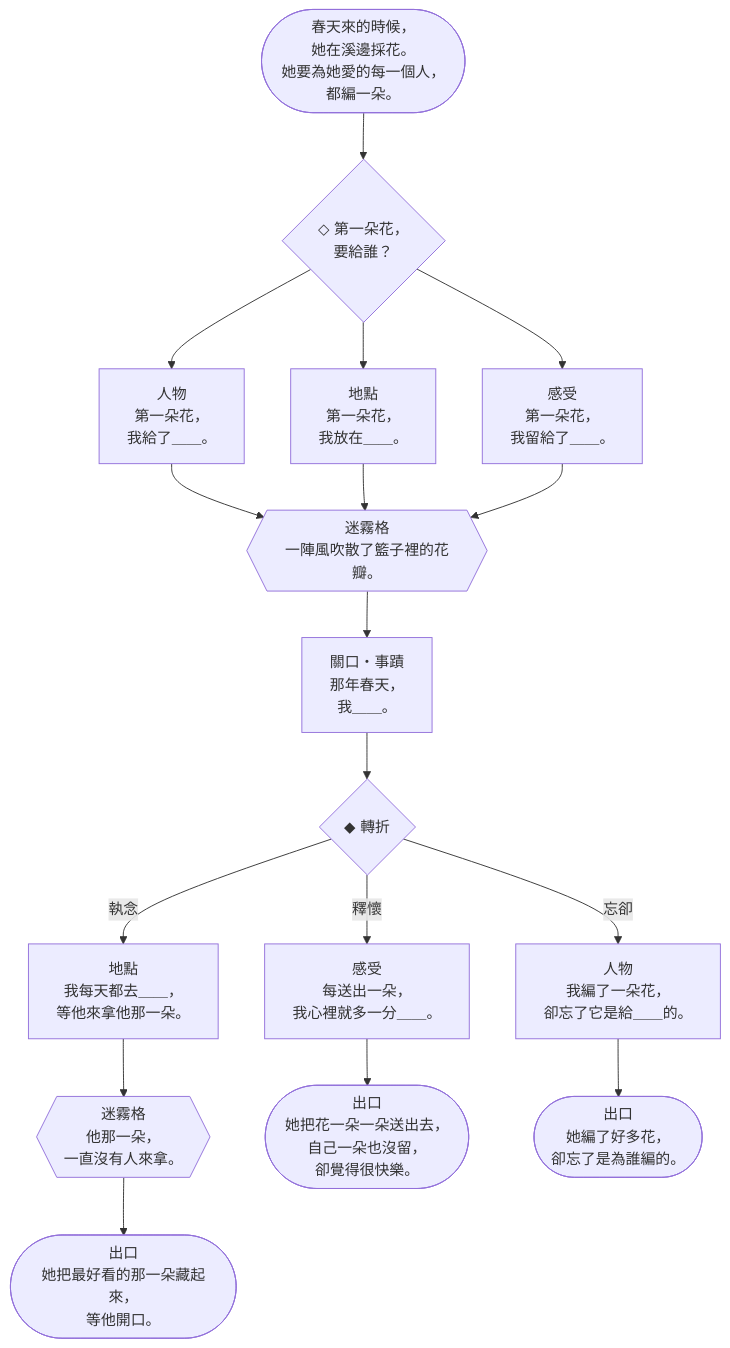
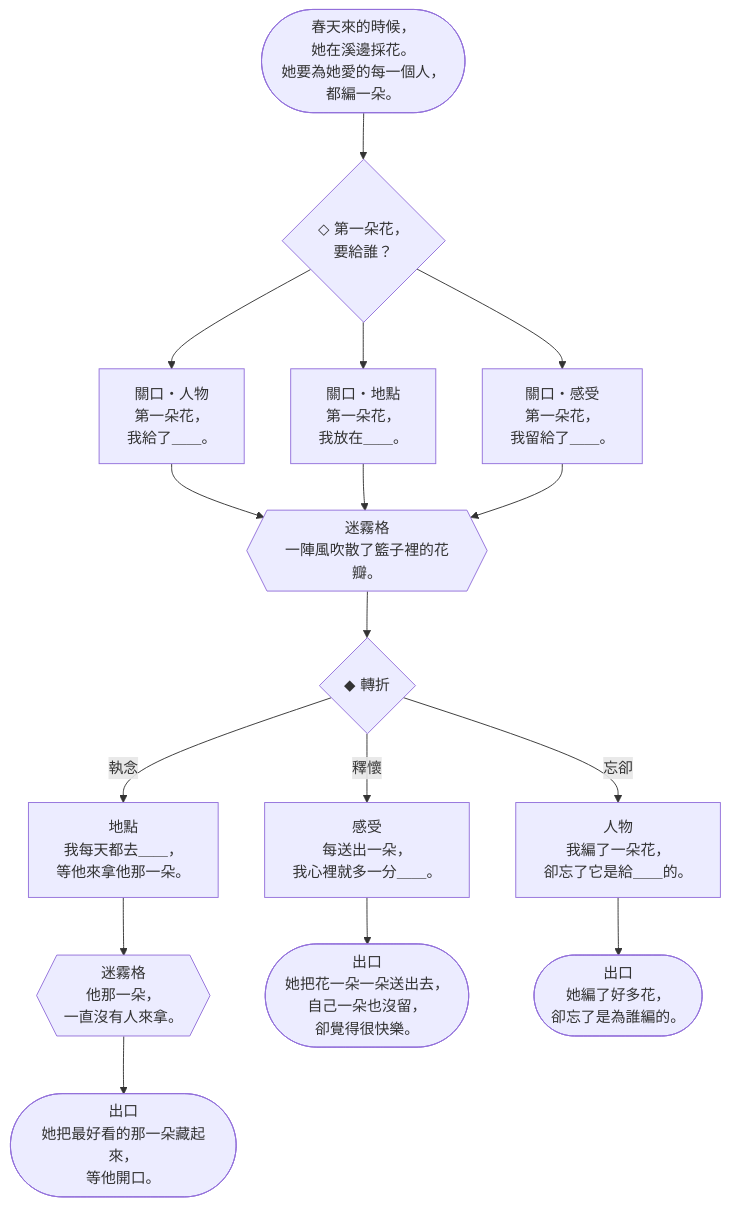
One commit to Ralph-Liu-Hub/Boardgame-Netherbloom changed the fourth of 15 diagrams in docs/design/V5-storybooks.zh-TW.md. Above: the diagram before and after it, drawn with Mermaid. The commit also changed other lines of this file and 5 other files, not shown here.

````diff
--- a/docs/design/V5-storybooks.zh-TW.md
+++ b/docs/design/V5-storybooks.zh-TW.md
@@ -418,33 +415,31 @@
 ```mermaid
 flowchart TD
   c0E(["春天來的時候，<br>她在溪邊採花。<br>她要為她愛的每一個人，<br>都編一朵。"]) --> c0p1
   c0p1{"◇ 第一朵花，<br>要給誰？"}
   c0p1 --> c0a1
   c0p1 --> c0a2
   c0p1 --> c0a3
-  c0a1["人物<br>第一朵花，<br>我給了＿＿。"]
+  c0a1["關口・人物<br>第一朵花，<br>我給了＿＿。"]
   c0a1 --> c0x1
-  c0a2["地點<br>第一朵花，<br>我放在＿＿。"]
+  c0a2["關口・地點<br>第一朵花，<br>我放在＿＿。"]
   c0a2 --> c0x1
-  c0a3["感受<br>第一朵花，<br>我留給了＿＿。"]
+  c0a3["關口・感受<br>第一朵花，<br>我留給了＿＿。"]
   c0a3 --> c0x1
   c0x1{{"迷霧格<br>一陣風吹散了籃子裡的花瓣。"}}
-  c0x1 --> c0b
-  c0b["關口・事蹟<br>那年春天，<br>我＿＿。"]
-  c0b --> c0f
+  c0x1 --> c0f
   c0f{"◆ 轉折"}
   c0f -- 執念 --> c0c1
   c0f -- 釋懷 --> c0c2
   c0f -- 忘卻 --> c0c3
   c0c1["地點<br>我每天都去＿＿，<br>等他來拿他那一朵。"]
   c0c1 --> c0x2
   c0x2{{"迷霧格<br>他那一朵，<br>一直沒有人來拿。"}}
   c0x2 --> c0o1
   c0c2["感受<br>每送出一朵，<br>我心裡就多一分＿＿。"]
   c0c2 --> c0o2
   c0c3["人物<br>我編了一朵花，<br>卻忘了它是給＿＿的。"]
   c0c3 --> c0o3
   c0o1(["出口<br>她把最好看的那一朵藏起來，<br>等他開口。"])
   c0o2(["出口<br>她把花一朵一朵送出去，<br>自己一朵也沒留，<br>卻覺得很快樂。"])
   c0o3(["出口<br>她編了好多花，<br>卻忘了是為誰編的。"])
 ```
````
